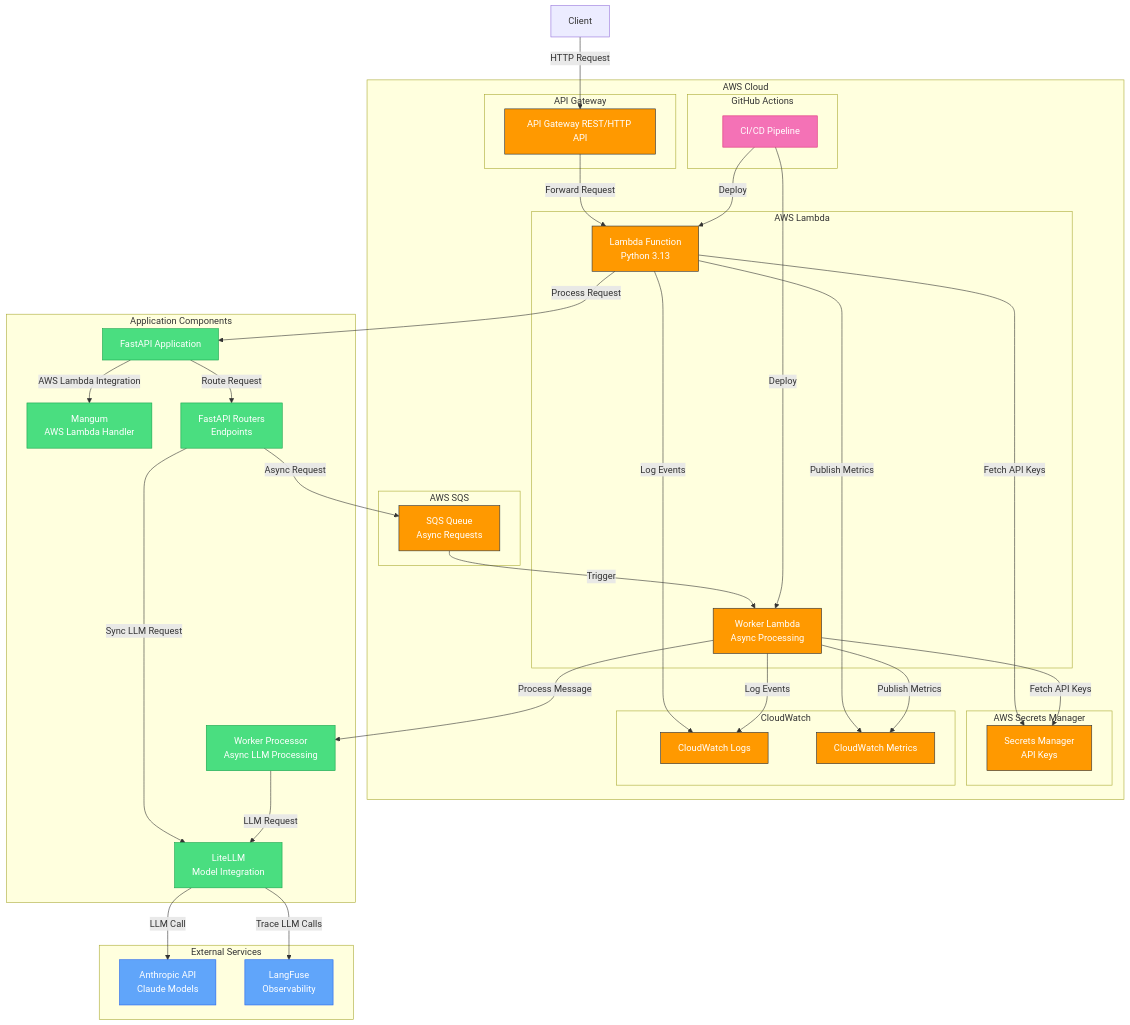
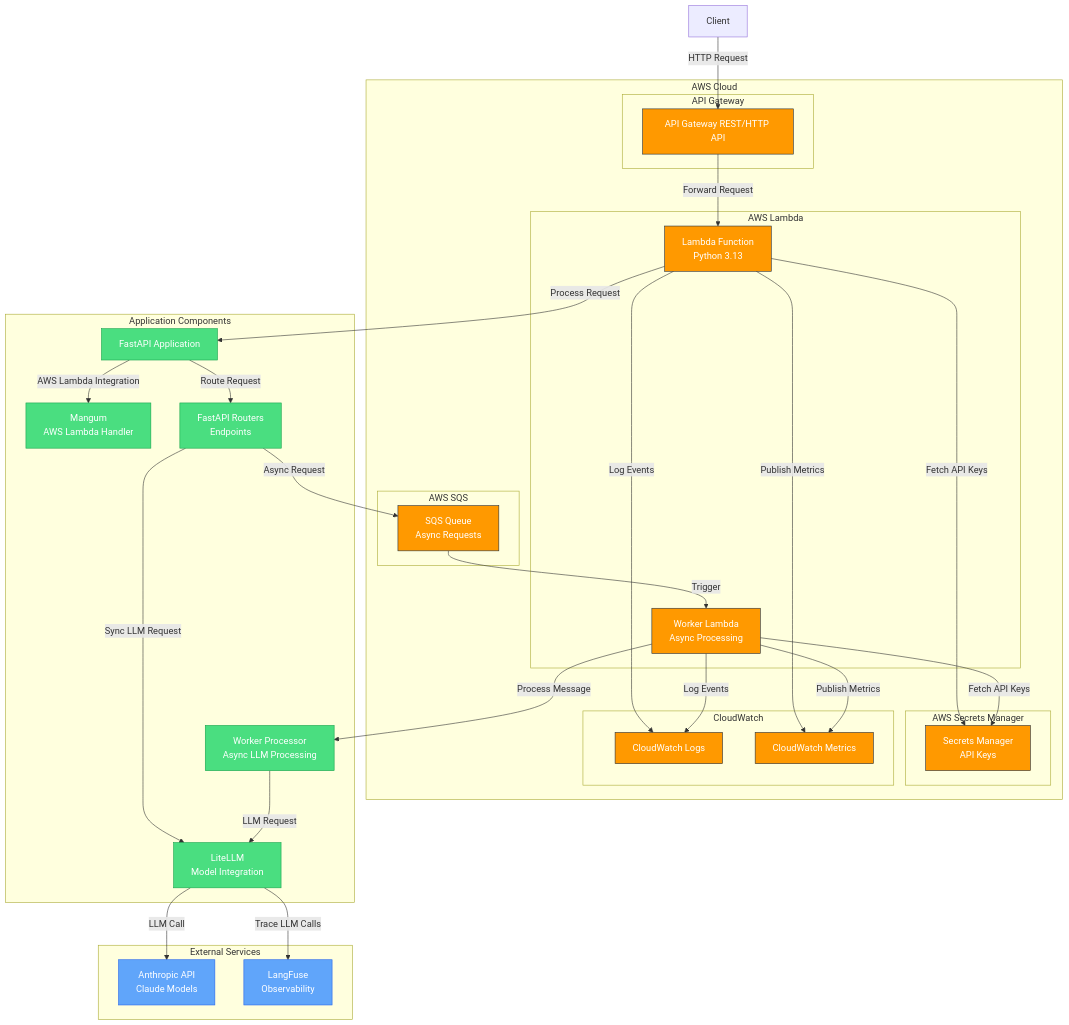
The diagram in README.md (yorrickjansen/gen-ai-on-aws), drawn with Mermaid before and after one commit. The commit also changed other lines of this file, not shown here.

````diff
--- a/README.md
+++ b/README.md
@@ -21,74 +18,67 @@
 ```mermaid
 graph TB
     subgraph "AWS Cloud"
         subgraph "API Gateway"
             api[API Gateway REST/HTTP API]
         end
         
         subgraph "AWS Lambda"
             lambda[Lambda Function<br>Python 3.13]
             worker[Worker Lambda<br>Async Processing]
         end
         
         subgraph "AWS Secrets Manager"
             secrets[Secrets Manager<br>API Keys]
         end
         
         subgraph "AWS SQS"
             sqs[SQS Queue<br>Async Requests]
         end
         
         subgraph "CloudWatch"
             logs[CloudWatch Logs]
             metrics[CloudWatch Metrics]
         end
         
-        subgraph "GitHub Actions"
-            cicd[CI/CD Pipeline]
-        end
     end
     
     subgraph "External Services"
         anthropic[Anthropic API<br>Claude Models]
         langfuse[LangFuse<br>Observability]
     end
     
     subgraph "Application Components"
         app[FastAPI Application]
         litellm[LiteLLM<br>Model Integration]
         mangum[Mangum<br>AWS Lambda Handler]
         routers[FastAPI Routers<br>Endpoints]
         processor[Worker Processor<br>Async LLM Processing]
     end
     
     client[Client] -->|HTTP Request| api
     api -->|Forward Request| lambda
     lambda -->|Log Events| logs
     lambda -->|Process Request| app
     app -->|Route Request| routers
     routers -->|Sync LLM Request| litellm
     routers -->|Async Request| sqs
     sqs -->|Trigger| worker
     worker -->|Process Message| processor
     processor -->|LLM Request| litellm
     litellm -->|LLM Call| anthropic
     lambda -->|Fetch API Keys| secrets
     worker -->|Fetch API Keys| secrets
     litellm -->|Trace LLM Calls| langfuse
     app -->|AWS Lambda Integration| mangum
     lambda -->|Publish Metrics| metrics
     worker -->|Publish Metrics| metrics
     worker -->|Log Events| logs
-    cicd -->|Deploy| lambda
-    cicd -->|Deploy| worker
     
     classDef aws fill:#FF9900,stroke:#232F3E,color:white;
     classDef ext fill:#60A5FA,stroke:#2563EB,color:white;
     classDef app fill:#4ADE80,stroke:#16A34A,color:white;
-    classDef cicd fill:#F472B6,stroke:#DB2777,color:white;
     
     class api,lambda,worker,secrets,logs,metrics,sqs aws;
     class anthropic,langfuse ext;
     class app,litellm,mangum,routers,processor app;
-    class cicd cicd;
 ```
````
